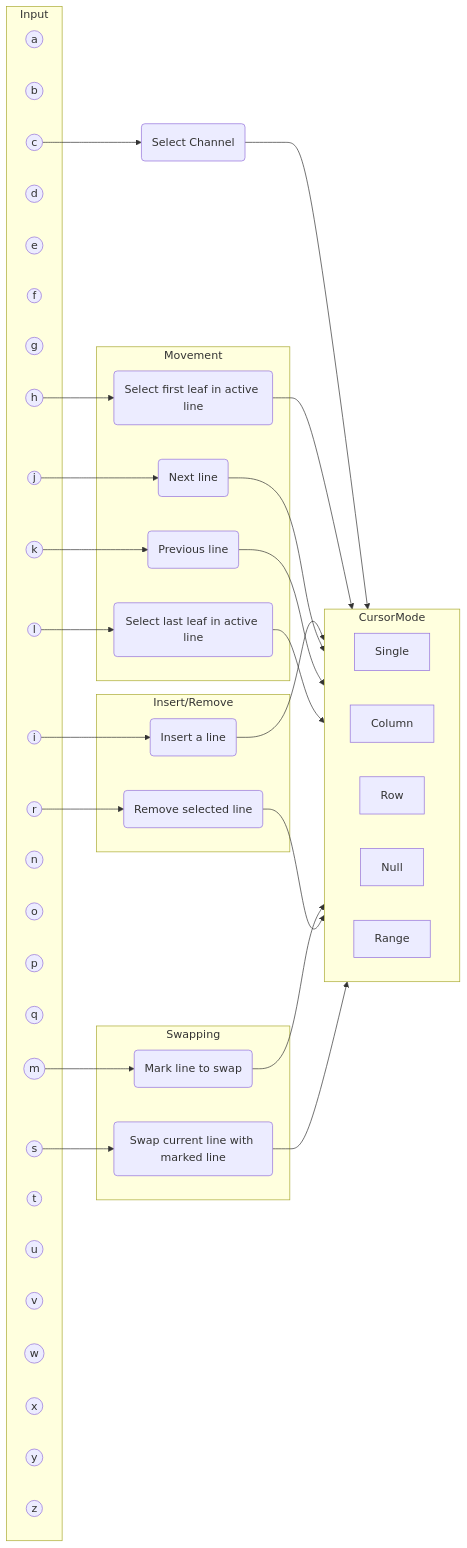
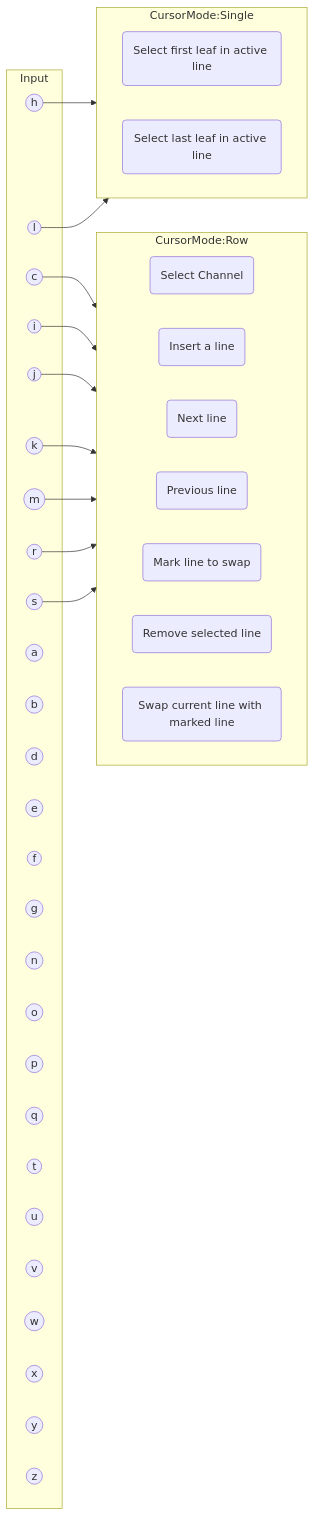
Before and after one commit to quintinfsmith/pagan: the diagram in KeyboardCharts/Row.mmd, drawn with Mermaid. The commit also changed 4 other files, not shown here.

```diff
--- a/KeyboardCharts/Row.mmd
+++ b/KeyboardCharts/Row.mmd
@@ -1,65 +1,63 @@
 flowchart LR
   subgraph Input
+    h((h))
+    l((l))
+
+    c((c))
+    i((i))
+    j((j))
+    k((k))
+    m((m))
+    r((r))
+    s((s))
+
     a((a))
     b((b))
-    c((c))
     d((d))
     e((e))
     f((f))
     g((g))
-    h((h))
-    i((i))
-    j((j))
-    k((k))
-    l((l))
-    m((m))
     n((n))
     o((o))
     p((p))
     q((q))
-    r((r))
-    s((s))
     t((t))
     u((u))
     v((v))
     w((w))
     x((x))
     y((y))
     z((z))
   end
 
-  subgraph CursorMode
+  subgraph CursorMode:Row
     direction LR
-    Single
-    Column
-    Row
-    Null
-    Range
+    move_to_channel
+
+    insert_line
+    goto_next_row
+    goto_previous_row
+
+    mark_line
+    remove_line
+    swap_with_marked_line
+
+
   end
 
-  subgraph Movement
-  cursor_select_last_in_row
-  cursor_select_first_in_row
-  goto_previous_row
-  goto_next_row
+  subgraph CursorMode:Single
+    direction LR
+    cursor_select_first_in_row
+    cursor_select_last_in_row
   end
 
-  subgraph Swapping
-  mark_line
-  swap_with_marked_line
-  end
+  c --> move_to_channel(Select Channel)
+  i --> insert_line(Insert a line)
+  j --> goto_next_row(Next line)
+  k --> goto_previous_row(Previous line)
+  m --> mark_line(Mark line to swap)
+  r --> remove_line(Remove selected line)
+  s --> swap_with_marked_line(Swap current line with marked line)
 
-  subgraph Insert/Remove
-  insert_line
-  remove_line
-  end
-
-  c --> move_to_channel(Select Channel) --> Row
-  h --> cursor_select_first_in_row(Select first leaf in active line) --> Single
-  i --> insert_line(Insert a line) --> Row
-  j --> goto_next_row(Next line) --> Row
-  k --> goto_previous_row(Previous line) --> Row
-  l --> cursor_select_last_in_row(Select last leaf in active line) --> Single
-  m --> mark_line(Mark line to swap) --> Row
-  r --> remove_line(Remove selected line) --> Row
-  s --> swap_with_marked_line(Swap current line with marked line) --> Row
+  h --> cursor_select_first_in_row(Select first leaf in active line)
+  l --> cursor_select_last_in_row(Select last leaf in active line)
```
